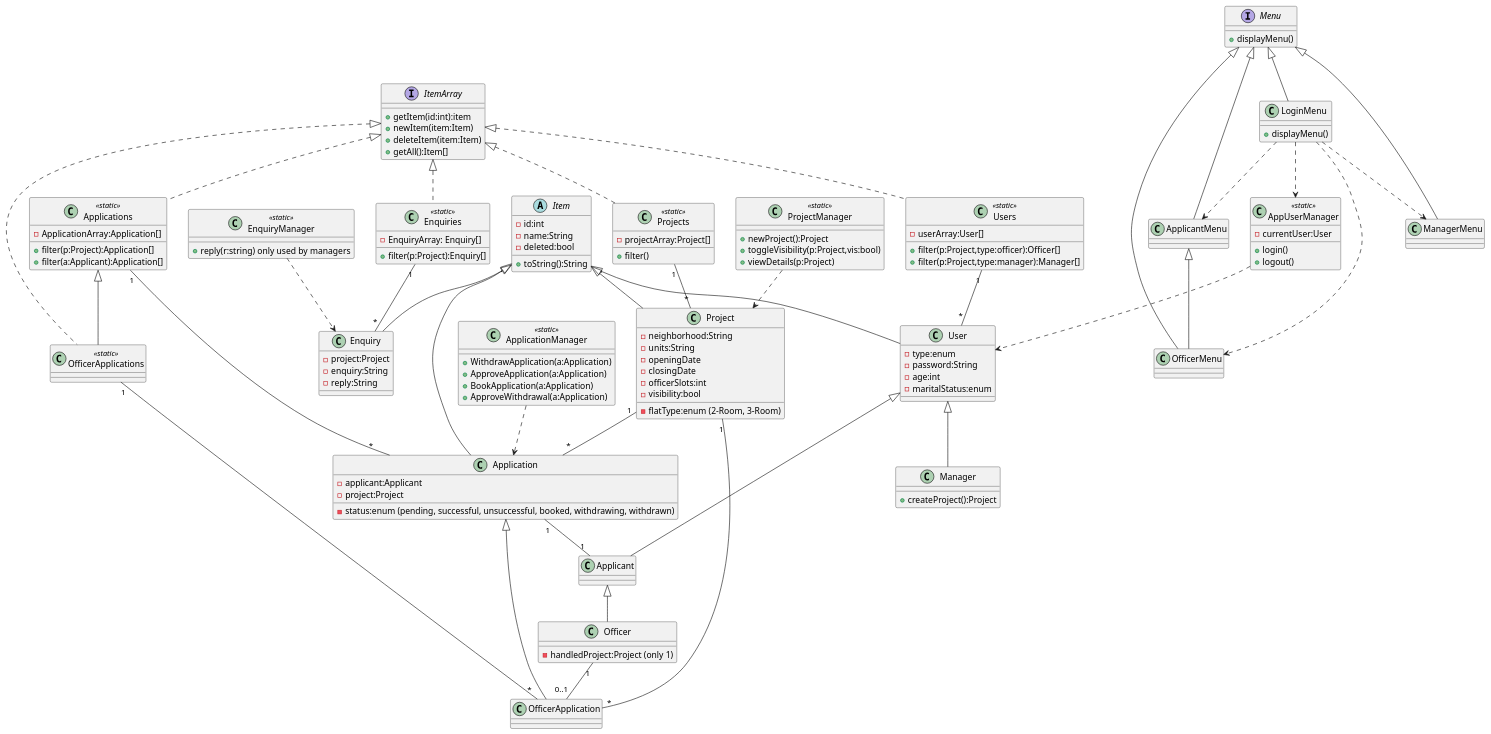
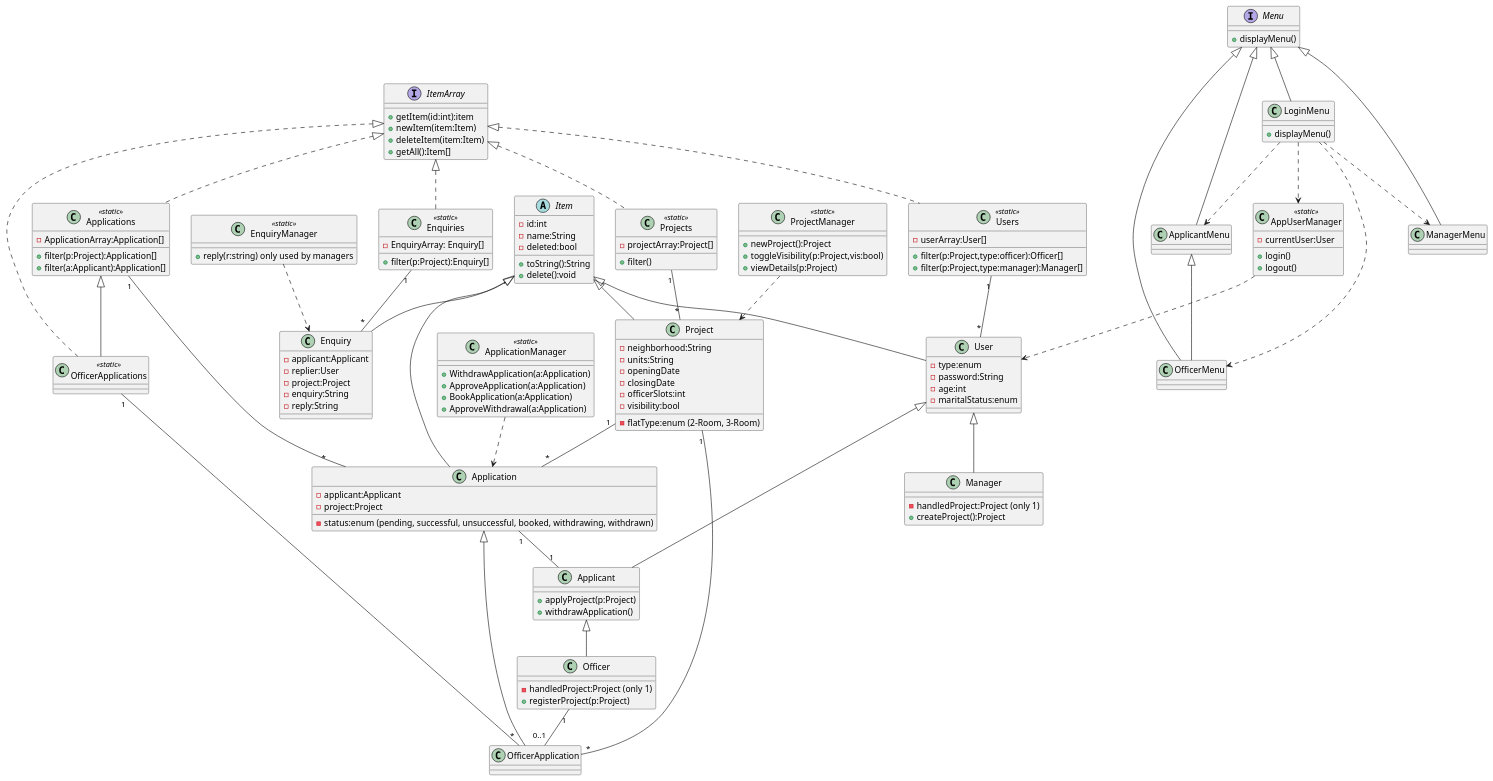
Before and after one commit to arpita729/SC2002-Project: the diagram in Entity Class Diagram.wsd, drawn with PlantUML. The commit also changed 2 other files, not shown here.

```diff
--- a/Entity Class Diagram.wsd
+++ b/Entity Class Diagram.wsd
@@ -1,142 +1,150 @@
 @startuml EntityClassDiagram
 abstract Item {
     -id:int
     -name:String
     -deleted:bool
     +toString():String
+    +delete():void
 }
 
 interface ItemArray{
     +getItem(id:int):item
     +newItem(item:Item)
     +deleteItem(item:Item)
     +getAll():Item[]
 }
 
 'Project Items
 class Project extends Item {
     -neighborhood:String
     -flatType:enum (2-Room, 3-Room)
     -units:String
     -openingDate
     -closingDate
     -officerSlots:int
     -visibility:bool
 }
 
 class Application extends Item {
     -applicant:Applicant
     -project:Project
     -status:enum (pending, successful, unsuccessful, booked, withdrawing, withdrawn)
 }
 Application "1" -- "1" Applicant
 Project "1" -- "*" Application
 
 class OfficerApplication extends Application
 Officer "1" -- "0..1" OfficerApplication
 Project "1" -- "*" OfficerApplication
 
 class Enquiry extends Item {
+    -applicant:Applicant
+    -replier:User
     -project:Project
     -enquiry:String
     -reply:String
 }
 
 'Users
 class User extends Item{
     -type:enum
     -password:String
     -age:int
     -maritalStatus:enum
 }
 
-class Applicant extends User
+class Applicant extends User {
+    +applyProject(p:Project)
+    +withdrawApplication()
+}
 
 class Officer extends Applicant {
     -handledProject:Project (only 1)
+    +registerProject(p:Project)
 }
 
 class Manager extends User {
+    -handledProject:Project (only 1)
     +createProject():Project
 }
 
 'GUI Interfaces 
 interface Menu {
     +displayMenu()
 }
 class ApplicantMenu extends Menu
 class ManagerMenu extends Menu
 class OfficerMenu extends Menu
 class LoginMenu extends Menu {
     +displayMenu()
     'after login, we call one of the 3 menus based on the  enum 
 }
 LoginMenu ..> AppUserManager
 LoginMenu ..> ApplicantMenu
 LoginMenu ..> OfficerMenu
 LoginMenu ..> ManagerMenu
 
 'Arrays
 class Users <<static>> implements ItemArray {
     -userArray:User[]
     +filter(p:Project,type:officer):Officer[]
     +filter(p:Project,type:manager):Manager[]
 }
 Users "1" -- "*" User
 
 class Projects <<static>> implements ItemArray {
     -projectArray:Project[]
     +filter()
 }
 Projects "1" -- "*" Project
 
 class Applications <<static>> implements ItemArray {
     -ApplicationArray:Application[]
     +filter(p:Project):Application[]
     +filter(a:Applicant):Application[]
 }
 Applications "1" -- "*" Application
 
 class OfficerApplications <<static>> extends Applications implements ItemArray 
 OfficerApplications "1" -- "*" OfficerApplication
 
 class Enquiries <<static>> implements ItemArray {
     -EnquiryArray: Enquiry[]
     +filter(p:Project):Enquiry[]
 }
 Enquiries "1" -- "*" Enquiry
 
 'Managers
 class ApplicationManager <<static>> {
     +WithdrawApplication(a:Application)
     +ApproveApplication(a:Application)
     +BookApplication(a:Application)
     +ApproveWithdrawal(a:Application)
 }
 ApplicationManager ..> Application
 
 class ProjectManager <<static>> {
     +newProject():Project
     +toggleVisibility(p:Project,vis:bool)
     +viewDetails(p:Project)
 }
 ProjectManager ..> Project
 
 class EnquiryManager <<static>> {
     +reply(r:string) only used by managers
 }
 EnquiryManager ..> Enquiry
 
 class AppUserManager <<static>> {
     -currentUser:User
     +login()
     +logout()
 }
 AppUserManager ..> User
 
 
 ' not sure about this one
 class OfficerMenu extends ApplicantMenu 
 
 
 @enduml
```
